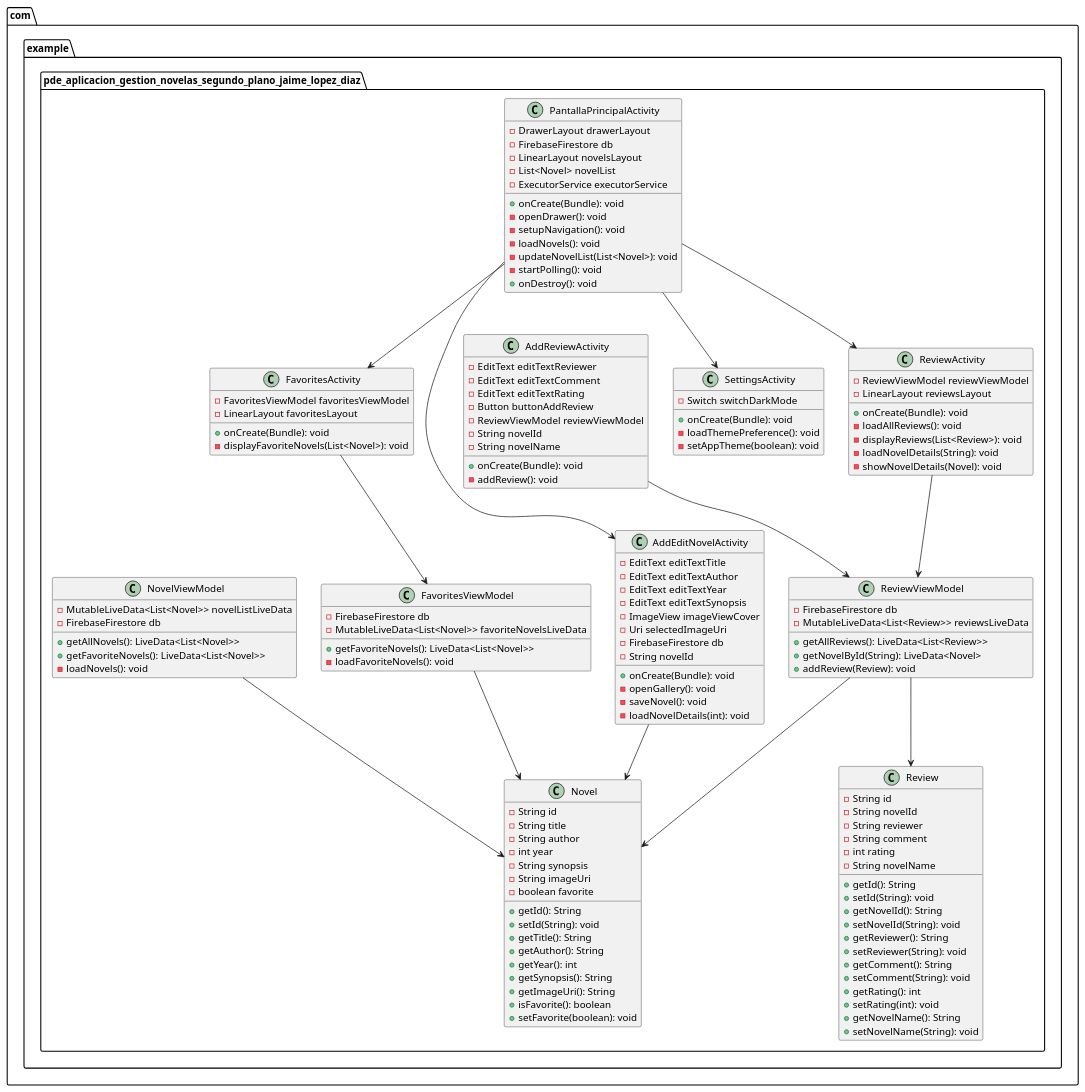
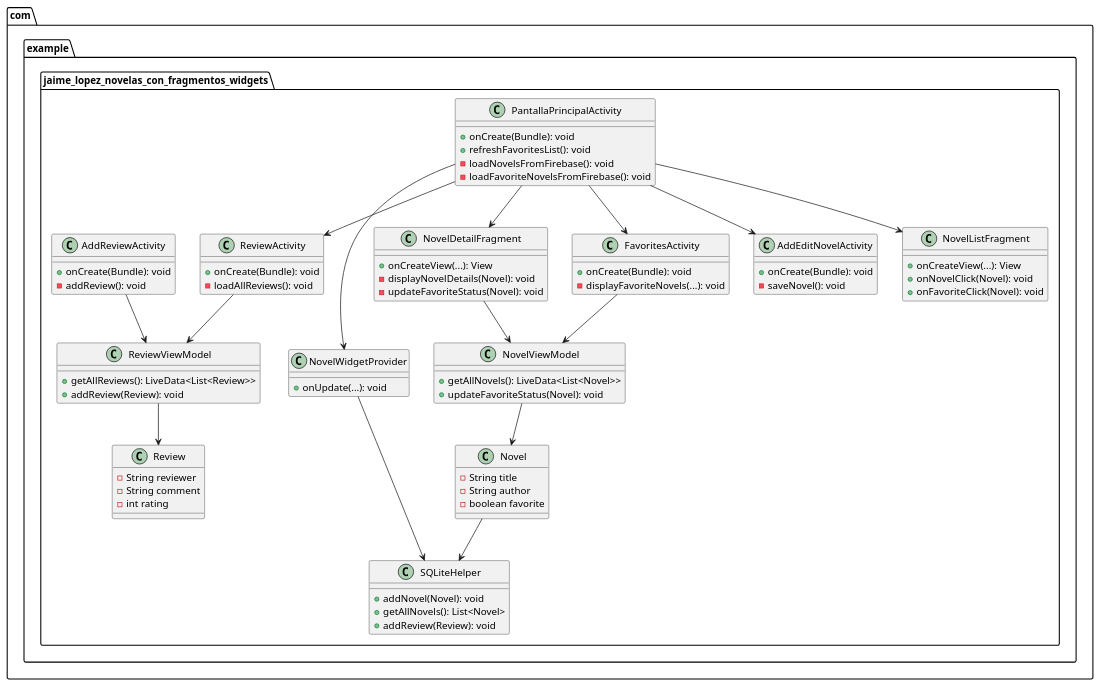
Before and after one commit to Jaime1999l/Jaime_Lopez_Novelas_con_Fragmentos_Widgets: the diagram in app/src/main/java/uml/UMLClasesNovelas.puml, drawn with PlantUML.

```diff
--- a/app/src/main/java/uml/UMLClasesNovelas.puml
+++ b/app/src/main/java/uml/UMLClasesNovelas.puml
@@ -1,145 +1,90 @@
 @startuml
-package com.example.pde_aplicacion_gestion_novelas_segundo_plano_jaime_lopez_diaz {
+package com.example.jaime_lopez_novelas_con_fragmentos_widgets {
+
     class PantallaPrincipalActivity {
-        - DrawerLayout drawerLayout
-        - FirebaseFirestore db
-        - LinearLayout novelsLayout
-        - List<Novel> novelList
-        - ExecutorService executorService
         + onCreate(Bundle): void
-        - openDrawer(): void
-        - setupNavigation(): void
-        - loadNovels(): void
-        - updateNovelList(List<Novel>): void
-        - startPolling(): void
-        + onDestroy(): void
+        + refreshFavoritesList(): void
+        - loadNovelsFromFirebase(): void
+        - loadFavoriteNovelsFromFirebase(): void
+    }
+
+    class NovelListFragment {
+        + onCreateView(...): View
+        + onNovelClick(Novel): void
+        + onFavoriteClick(Novel): void
+    }
+
+    class NovelDetailFragment {
+        + onCreateView(...): View
+        - displayNovelDetails(Novel): void
+        - updateFavoriteStatus(Novel): void
+    }
+
+    class NovelWidgetProvider {
+        + onUpdate(...): void
     }
 
     class ReviewActivity {
-        - ReviewViewModel reviewViewModel
-        - LinearLayout reviewsLayout
         + onCreate(Bundle): void
         - loadAllReviews(): void
-        - displayReviews(List<Review>): void
-        - loadNovelDetails(String): void
-        - showNovelDetails(Novel): void
     }
 
     class AddReviewActivity {
-        - EditText editTextReviewer
-        - EditText editTextComment
-        - EditText editTextRating
-        - Button buttonAddReview
-        - ReviewViewModel reviewViewModel
-        - String novelId
-        - String novelName
         + onCreate(Bundle): void
         - addReview(): void
     }
 
     class FavoritesActivity {
-        - FavoritesViewModel favoritesViewModel
-        - LinearLayout favoritesLayout
         + onCreate(Bundle): void
-        - displayFavoriteNovels(List<Novel>): void
+        - displayFavoriteNovels(...): void
     }
 
     class AddEditNovelActivity {
-        - EditText editTextTitle
-        - EditText editTextAuthor
-        - EditText editTextYear
-        - EditText editTextSynopsis
-        - ImageView imageViewCover
-        - Uri selectedImageUri
-        - FirebaseFirestore db
-        - String novelId
         + onCreate(Bundle): void
-        - openGallery(): void
         - saveNovel(): void
-        - loadNovelDetails(int): void
     }
 
     class ReviewViewModel {
-        - FirebaseFirestore db
-        - MutableLiveData<List<Review>> reviewsLiveData
         + getAllReviews(): LiveData<List<Review>>
-        + getNovelById(String): LiveData<Novel>
         + addReview(Review): void
     }
 
     class NovelViewModel {
-        - MutableLiveData<List<Novel>> novelListLiveData
-        - FirebaseFirestore db
         + getAllNovels(): LiveData<List<Novel>>
-        + getFavoriteNovels(): LiveData<List<Novel>>
-        - loadNovels(): void
-    }
-
-    class FavoritesViewModel {
-        - FirebaseFirestore db
-        - MutableLiveData<List<Novel>> favoriteNovelsLiveData
-        + getFavoriteNovels(): LiveData<List<Novel>>
-        - loadFavoriteNovels(): void
+        + updateFavoriteStatus(Novel): void
     }
 
     class Novel {
-        - String id
         - String title
         - String author
-        - int year
-        - String synopsis
-        - String imageUri
         - boolean favorite
-        + getId(): String
-        + setId(String): void
-        + getTitle(): String
-        + getAuthor(): String
-        + getYear(): int
-        + getSynopsis(): String
-        + getImageUri(): String
-        + isFavorite(): boolean
-        + setFavorite(boolean): void
     }
 
     class Review {
-        - String id
-        - String novelId
         - String reviewer
         - String comment
         - int rating
-        - String novelName
-        + getId(): String
-        + setId(String): void
-        + getNovelId(): String
-        + setNovelId(String): void
-        + getReviewer(): String
-        + setReviewer(String): void
-        + getComment(): String
-        + setComment(String): void
-        + getRating(): int
-        + setRating(int): void
-        + getNovelName(): String
-        + setNovelName(String): void
     }
 
-    class SettingsActivity {
-        - Switch switchDarkMode
-        + onCreate(Bundle): void
-        - loadThemePreference(): void
-        - setAppTheme(boolean): void
+    class SQLiteHelper {
+        + addNovel(Novel): void
+        + getAllNovels(): List<Novel>
+        + addReview(Review): void
     }
 
+    PantallaPrincipalActivity --> NovelListFragment
+    PantallaPrincipalActivity --> NovelDetailFragment
+    PantallaPrincipalActivity --> NovelWidgetProvider
+    PantallaPrincipalActivity --> FavoritesActivity
     PantallaPrincipalActivity --> AddEditNovelActivity
-    PantallaPrincipalActivity --> FavoritesActivity
     PantallaPrincipalActivity --> ReviewActivity
-    PantallaPrincipalActivity --> SettingsActivity
     ReviewActivity --> ReviewViewModel
     AddReviewActivity --> ReviewViewModel
-    FavoritesActivity --> FavoritesViewModel
-    AddEditNovelActivity --> Novel
+    FavoritesActivity --> NovelViewModel
+    NovelDetailFragment --> NovelViewModel
+    NovelWidgetProvider --> SQLiteHelper
+    Novel --> SQLiteHelper
+    NovelViewModel --> Novel
     ReviewViewModel --> Review
-    ReviewViewModel --> Novel
-    NovelViewModel --> Novel
-    FavoritesViewModel --> Novel
 }
 @enduml
```
